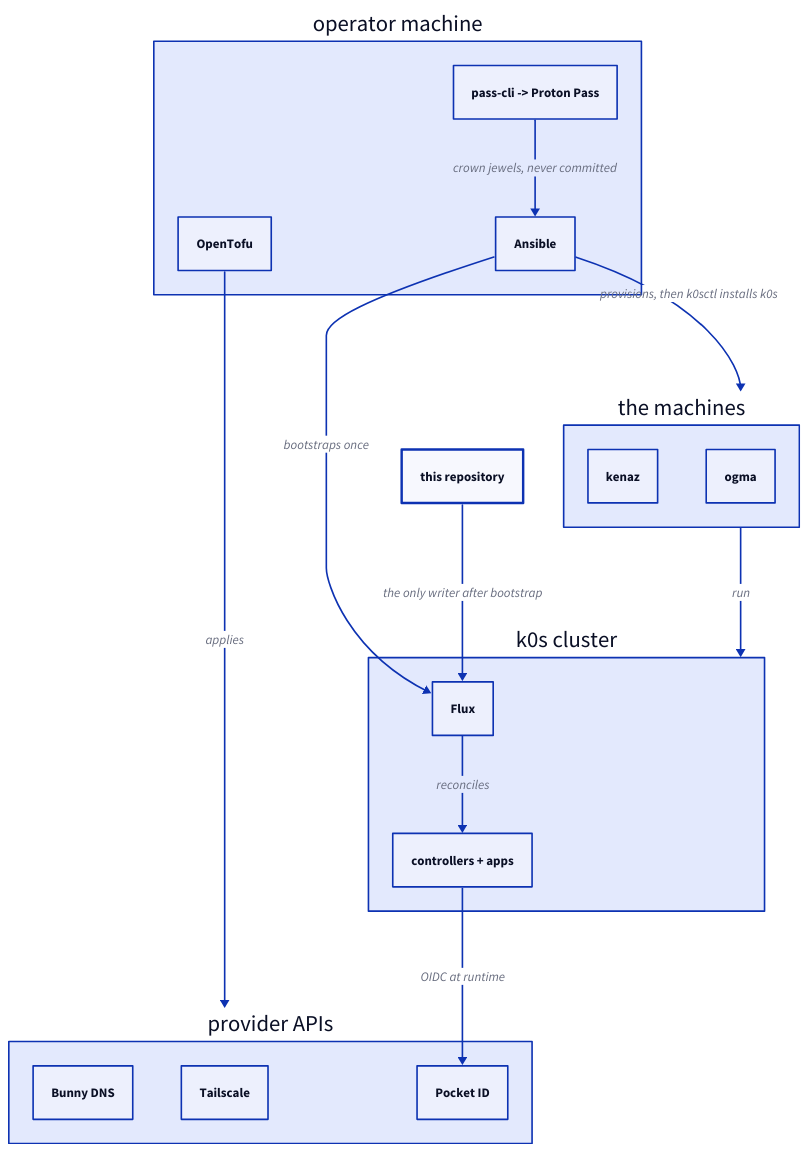
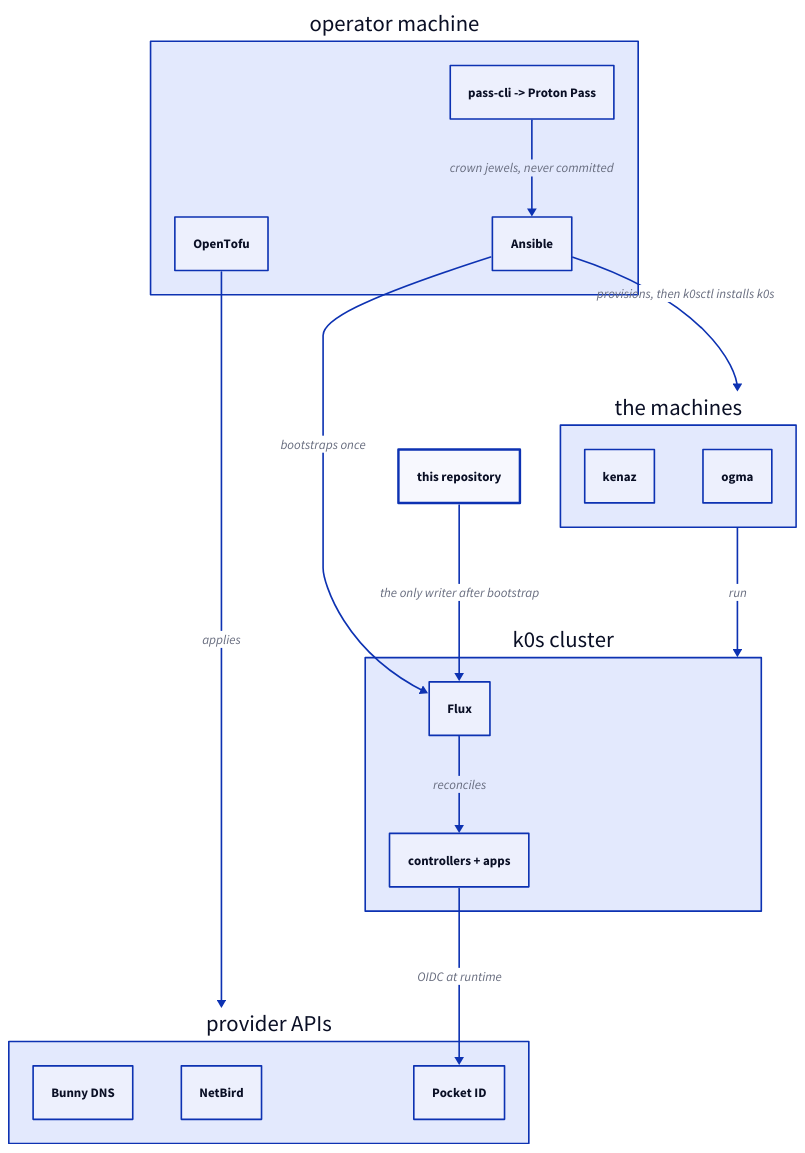
The diagram in docs/src/index.md (brewcoua/futhark), drawn with D2 before and after one commit. The commit also changed other lines of this file and 83 other files, not shown here.

First line of the commit message:
feat(mesh)!: replace tailscale with netbird

````diff
--- a/docs/src/index.md
+++ b/docs/src/index.md
@@ -19,37 +19,37 @@
 ```d2
 direction: down
 
 operator: operator machine {
   ansible: Ansible
   tofu: OpenTofu
   pass: pass-cli -> Proton Pass
 }
 
 hosts: the machines {
   kenaz
   ogma
 }
 
 cluster: k0s cluster {
   flux: Flux
   workloads: controllers + apps
   flux -> workloads: reconciles
 }
 
 git: this repository { style.stroke-width: 3 }
 
 cloud: provider APIs {
   bunny: Bunny DNS
-  tailscale: Tailscale
+  netbird: NetBird
   pocketid: Pocket ID
 }
 
 operator.ansible -> hosts: provisions, then k0sctl installs k0s
 operator.ansible -> cluster.flux: bootstraps once
 operator.tofu -> cloud: applies
 operator.pass -> operator.ansible: crown jewels, never committed
 
 git -> cluster.flux: the only writer after bootstrap
 hosts -> cluster: run
 cluster.workloads -> cloud.pocketid: OIDC at runtime
 ```
````
